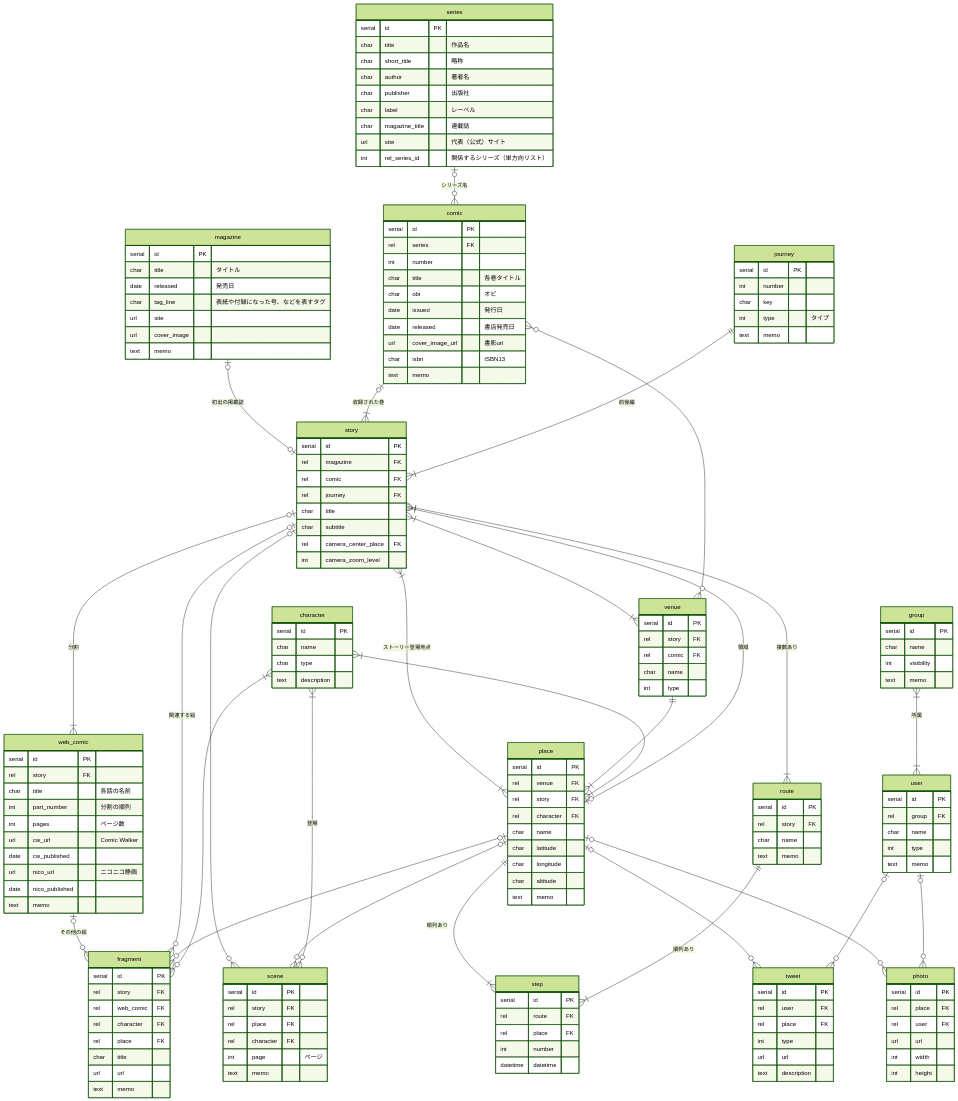
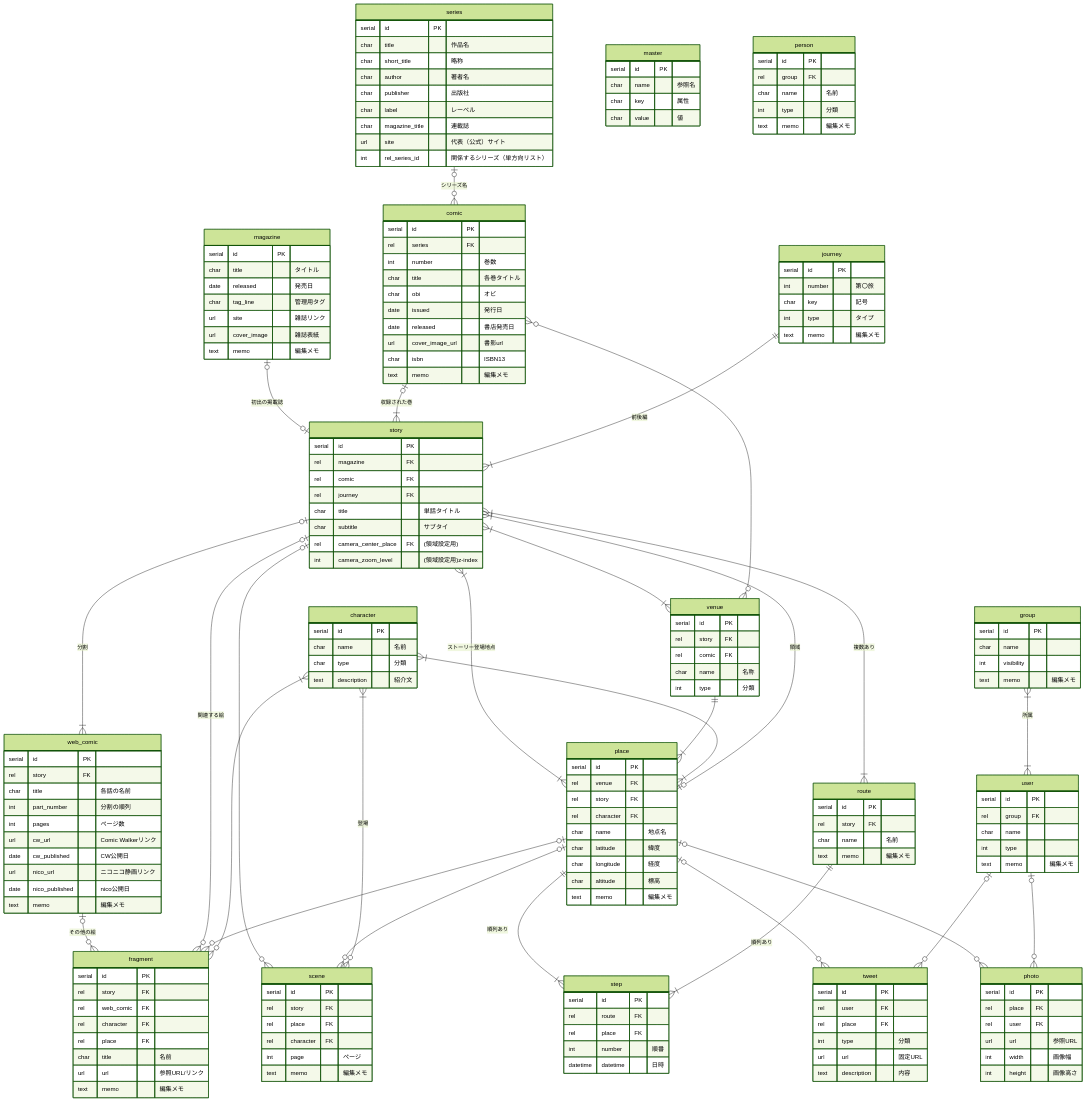
The diagram in examples/plan.mmd (isnot/mermaid2django), drawn with Mermaid before and after one commit. The commit also changed 1 other file, not shown here.

```diff
--- a/examples/plan.mmd
+++ b/examples/plan.mmd
@@ -37,6 +37,7 @@
     %% group ユーザーは何れかのグループに所属する
     group }|--|{ user : "所属"
 
+%% ざつ旅 鈴ヶ森ちか短編集(仮)
 
 %% series 正シリーズと番外シリーズは、別々に登録する ※巻数が自然数の順列になる [リソース]
 series {
@@ -45,6 +46,7 @@
     char title "作品名"
     %% 略称や通称で代表的なもの
     char short_title "略称"
+    %% 著者複数名の場合は、代表者をカンマ区切りで列挙する
     char author "著者名"
     %% 出版社 例：KADOKAWA
     char publisher "出版社"
@@ -54,6 +56,7 @@
     char magazine_title "連載誌"
     %% 公式サイトや他のWebサイトから代表するものを1件
     url site "代表（公式）サイト"
+    %% モデルにはあえてリレーションを定義せず
     int rel_series_id "関係するシリーズ（単方向リスト）"
 }
 
@@ -63,7 +66,7 @@
     %% series comic
     rel series FK
     %% 第n巻
-    int number
+    int number "巻数"
     %% 例：ざつ旅-That's Journey- 1
     char title "各巻タイトル"
     %% 特徴的な帯の文言
@@ -74,7 +77,7 @@
     %% 版元ドットコムの書誌情報DBより
     url cover_image_url "書影url"
     char isbn "ISBN13"
-    text memo
+    text memo "編集メモ"
 }
 
 %% web_comic Web連載 第1旅(1)、番外旅、一枚モノ、… [リソース]
@@ -85,11 +88,11 @@
     char title "各話の名前"
     int part_number "分割の順列"
     int pages "ページ数"
-    url cw_url "Comic Walker"
-    date cw_published
-    url nico_url "ニコニコ静画"
-    date nico_published
-    text memo
+    url cw_url "Comic Walkerリンク"
+    date cw_published "CW公開日"
+    url nico_url "ニコニコ静画リンク"
+    date nico_published "nico公開日"
+    text memo "編集メモ"
 }
 
 %% magazine 雑誌連載 マオウ [イベント]
@@ -99,13 +102,24 @@
     char title "タイトル"
     %% 書店等での発売日 ※タイトルの月の2か月前27日前後
     date released "発売日"
-    char tag_line "表紙や付録になった号、などを表すタグ"
-    url site
-    url cover_image
-    text memo
+    %% 表紙や付録になった号、などを表すタグ
+    char tag_line "管理用タグ"
+    %% https://dengekimaoh.jp/magazine/magazine-12240.html
+    url site "雑誌リンク"
+    %% https://dengekimaoh.jp/archives/008/202208/941abdc5a8102a20bb186ae99e37f234c96e5209270d10b52c0293a2419db042.jpg
+    url cover_image "雑誌表紙"
+    text memo "編集メモ"
 }
 
-%% fragment その他媒体 表紙カラー、店舗特典、ポスター。コミック収録と未収録がある [リソース]
+%% types 分類型の項目の選択肢マスター [リソース]
+master {
+    serial id PK
+    char name "参照名"
+    char key "属性"
+    char value "値"
+}
+
+%% fragment その他媒体 表紙カラー、店舗特典、ポスター、別冊、雑誌付録。コミック収録と未収録がある [リソース]
 fragment {
     serial id PK
     %% story fragment
@@ -116,19 +130,19 @@
     rel character FK
     %% place fragment
     rel place FK
-    char title
-    url url
-    text memo
+    char title "名前"
+    url url "参照URL/リンク"
+    text memo "編集メモ"
 }
 
 %% journey 第〇旅、番外旅 [イベント]
 journey {
     serial id PK
-    int number
-    char key
-    %% 1:本編 2:番外旅 9:その他
+    int number "第〇旅"
+    char key "記号"
+    %% 1:本編 2:番外旅 9:その他 ToDo
     int type "タイプ"
-    text memo
+    text memo "編集メモ"
 }
 
 %% story 単行本の単話 第〇旅前編、第〇旅後編。コミック未収録もある [イベント]
@@ -140,11 +154,11 @@
     rel comic FK
     %% journey story
     rel journey FK
-    char title
-    char subtitle
+    char title "単話タイトル"
+    char subtitle "サブタイ"
     %% place story このストーリーに登場する主な地点をすべて包含するような範囲（四角形）の中心
-    rel camera_center_place FK
-    int camera_zoom_level
+    rel camera_center_place FK "(領域設定用)"
+    int camera_zoom_level "(領域設定用)z-index"
 }
 
 %% route 経路 placeを組み合わせて経路とする [リソース]
@@ -152,8 +166,8 @@
     serial id PK
     %% story route
     rel story FK
-    char name
-    text memo
+    char name "名前"
+    text memo "編集メモ"
 }
 
 %% venue 目的地 会津、松島、那須、… [リソース]
@@ -163,9 +177,9 @@
     rel story FK
     %% comic venue
     rel comic FK
-    char name
+    char name "名称"
     %% 1:都道府県 2:市区町村 3:番地等の細かい行政界 5:著名観光地 6:ランドマーク、顕著な建造物、施設 7:道、航路、等
-    int type ""
+    int type "分類"
 }
 
 %% place 場所 東京駅の顔出しパネル、登場店舗、宿泊場所、観光名所、施設、交通拠点 [リソース]
@@ -177,11 +191,11 @@
     rel story FK
     %% character place
     rel character FK
-    char name
-    char latitude
-    char longitude
-    char altitude
-    text memo
+    char name "地点名"
+    char latitude "緯度"
+    char longitude "経度"
+    char altitude "標高"
+    text memo "編集メモ"
 }
 
 %% step 訪問 routeに含まれる地点を訪れた日時 [イベント]
@@ -191,8 +205,8 @@
     rel route FK
     %% place step
     rel place FK
-    int number
-    datetime datetime
+    int number "順番"
+    datetime datetime "日時"
 }
 
 %% scene シーン 名シーン、ざつ旅ARのマーカー [イベント]
@@ -206,15 +220,15 @@
     rel character FK
     %% コミック掲載ページ
     int page "ページ"
-    text memo
+    text memo "編集メモ"
 }
 
 %% character キャラクター 主要5人、編集部、他 [リソース]
 character {
     serial id PK
-    char name
-    char type
-    text description
+    char name "名前"
+    char type "分類"
+    text description "紹介文"
 }
 
 %% photo flickr (google place photo api有料) [リソース]
@@ -224,9 +238,9 @@
     rel place FK
     %% user photo
     rel user FK
-    url url
-    int width
-    int height
+    url url "参照URL"
+    int width "画像幅"
+    int height "画像高さ"
 }
 
 %% tweet Twitter 石坂さん、鈴ヶ森さん、読者等、無関係 [リソース]
@@ -236,9 +250,19 @@
     rel user FK
     %% place tweet
     rel place FK
-    int type
-    url url
-    text description
+    int type "分類"
+    url url "固定URL"
+    text description "内容"
+}
+
+%% person コンテンツの作者 ツイート/写真を撮影した人 [リソース]
+person {
+    serial id PK
+    %% group user
+    rel group FK
+    char name "名前"
+    int type "分類"
+    text memo "編集メモ"
 }
 
 %% user ユーザー 利用者 [リソース]
@@ -248,7 +272,7 @@
     rel group FK
     char name
     int type
-    text memo
+    text memo "編集メモ"
 }
 
 %% group グループ [リソース]
@@ -256,7 +280,7 @@
     serial id PK
     char name
     int visibility
-    text memo
+    text memo "編集メモ"
 }
 
 %% role [リソース]
```
